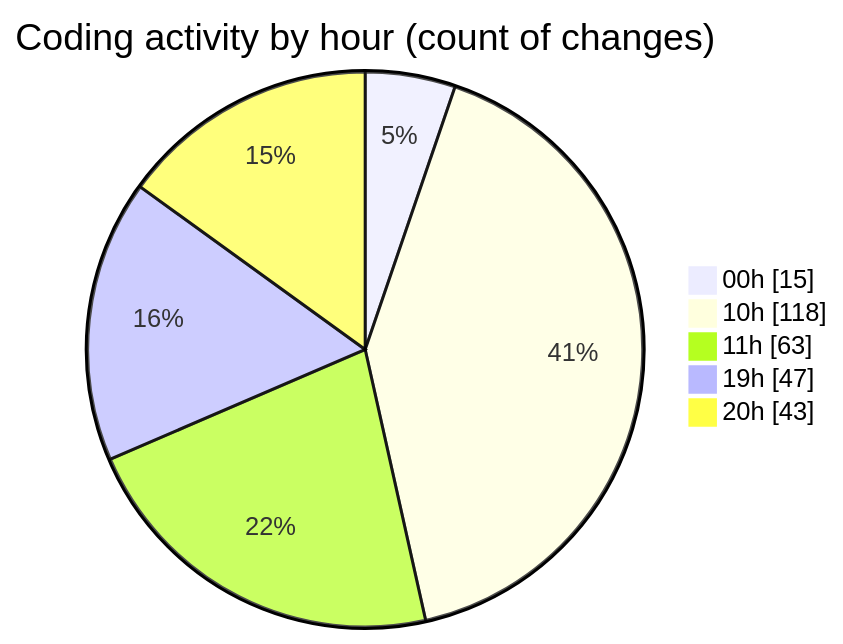
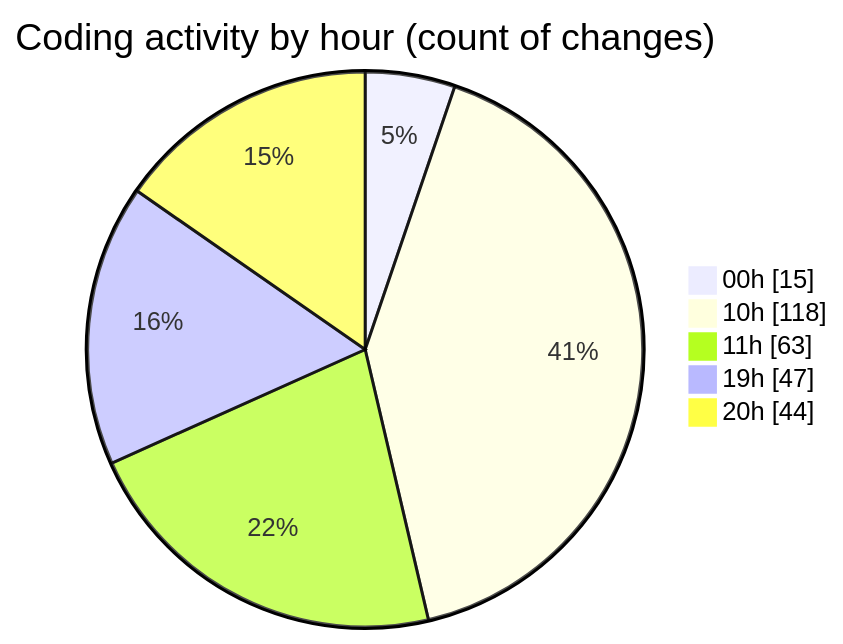
The second of 2 diagrams in 2026-01-11/dsa/README.md (Ritupan-Deka/code-tracking), drawn with Mermaid before and after one commit. The commit also changed other lines of this file and 1 other file, not shown here.

````diff
--- a/2026-01-11/dsa/README.md
+++ b/2026-01-11/dsa/README.md
@@ -29,9 +29,9 @@
 ```mermaid
 pie showData
 title Coding activity by hour (count of changes)
 "00h" : 15
 "10h" : 118
 "11h" : 63
 "19h" : 47
-"20h" : 43
+"20h" : 44
 ```
````
